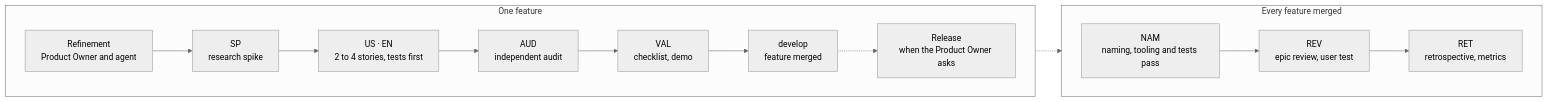
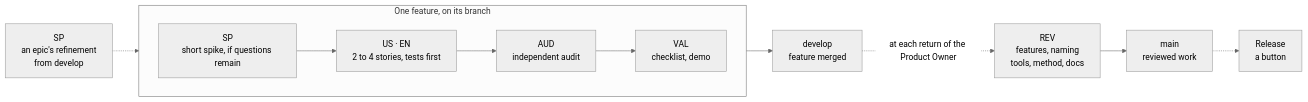
The diagram in docs/process/agile.md (AlexandreGallais/synoptic-studio), drawn with Mermaid (neutral theme) before and after one commit. The commit also changed other lines of this file and 39 other files, not shown here.

First line of the commit message:
docs(docs): write epics without a closing and a review at each return

````diff
--- a/docs/process/agile.md
+++ b/docs/process/agile.md
@@ -5,17 +5,14 @@
 ```mermaid
 flowchart LR
-  subgraph feature [One feature]
+  ESP[SP<br/>an epic's refinement<br/>from develop] -.-> feature
+  subgraph feature [One feature, on its branch]
     direction LR
-    R[Refinement<br/>Product Owner and agent] --> SP[SP<br/>research spike]
-    SP --> ST[US · EN<br/>2 to 4 stories, tests first]
+    SP[SP<br/>short spike, if questions remain] --> ST[US · EN<br/>2 to 4 stories, tests first]
     ST --> AUD[AUD<br/>independent audit]
     AUD --> VAL[VAL<br/>checklist, demo]
-    VAL --> DEV[develop<br/>feature merged]
-    DEV -.-> REL[Release<br/>when the Product Owner asks]
   end
-  subgraph epic [Every feature merged]
-    direction LR
-    NAM[NAM<br/>naming, tooling and tests pass] --> REV[REV<br/>epic review, user test] --> RET[RET<br/>retrospective, metrics]
-  end
-  DEV -.-> NAM
+  VAL --> DEV[develop<br/>feature merged]
+  DEV -.->|at each return of the Product Owner| REV[REV<br/>features, naming<br/>tools, method, docs]
+  REV --> MAIN[main<br/>reviewed work]
+  MAIN -.-> REL[Release<br/>a button]
 ```
````
